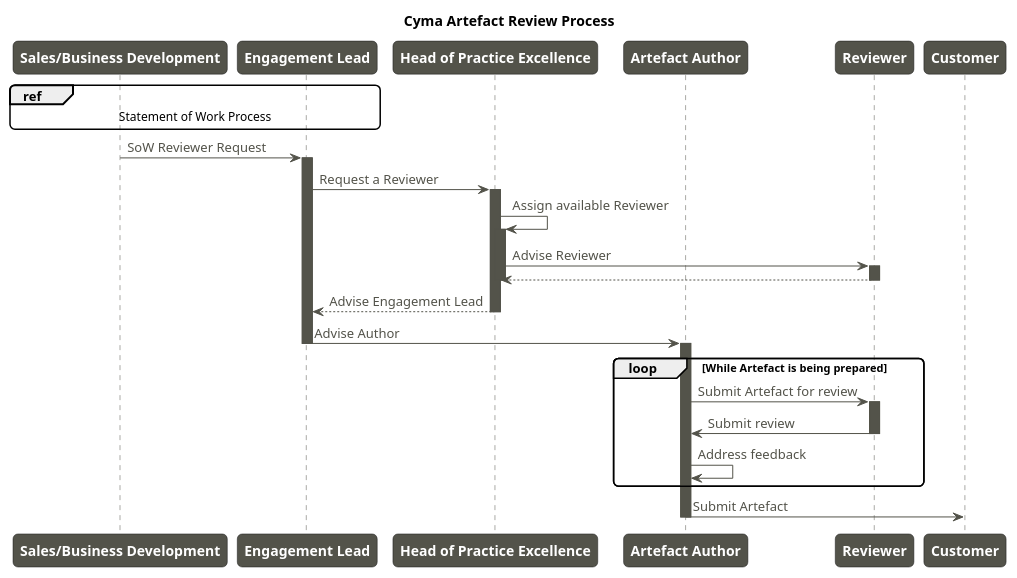
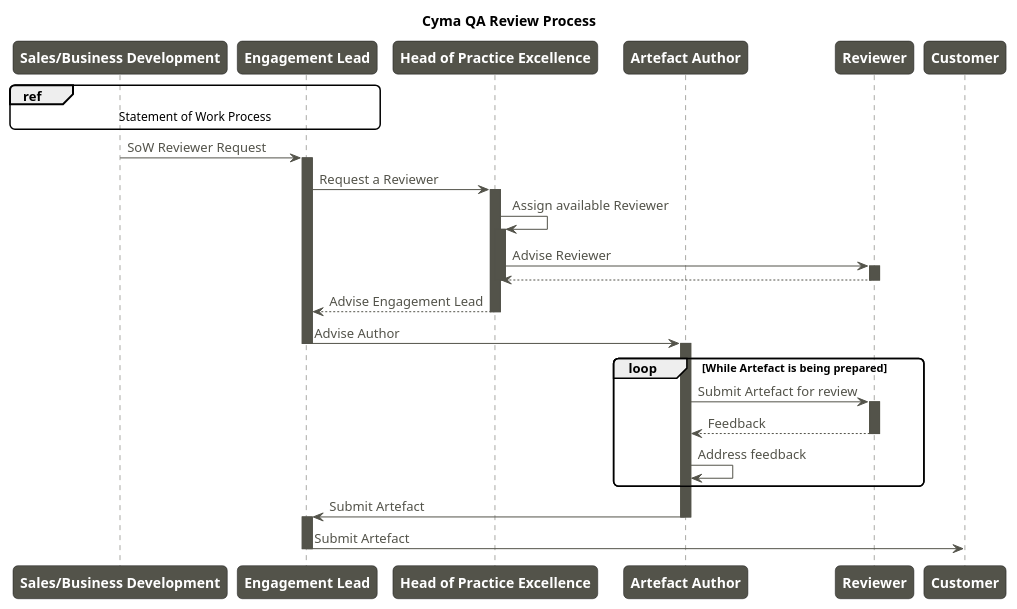
Before and after one commit to david-rawnsley/cyma: the first of 3 diagrams in examples/peer_review.puml, drawn with PlantUML. The commit also changed other lines of this file and 6 other files, not shown here.

```diff
--- a/examples/peer_review.puml
+++ b/examples/peer_review.puml
@@ -1,60 +1,64 @@
 @startuml
 
-Title Cyma Artefact Review Process
+Title Cyma QA Review Process
 skinparam defaultFontName Raleway
 skinparam roundcorner 10
 'skinparam shadowing true
 
 skinparam sequence {
     ArrowColor #53534A
     ArrowFontColor #53534A
     LifeLineBorderColor #53534A
     LifeLineBackgroundColor #53534A
 
     ParticipantBackgroundColor #53534A
     ParticipantFontSize 14
     ParticipantFontColor White
     ParticipantFontStyle bold
 }
 
 participant sbd as "Sales/Business Development"
 participant EL as "Engagement Lead"
 participant PE as "Head of Practice Excellence"
 participant A as "Artefact Author"
 participant R as "Reviewer"
 participant C as "Customer"
 
 ref over sbd, EL
 Statement of Work Process
 end ref
 
 sbd->EL: SoW Reviewer Request
 activate EL
 EL->PE: Request a Reviewer
 activate PE
 PE->PE: Assign available Reviewer
 activate PE
 PE->R: Advise Reviewer
 activate R
 R-->PE:
 deactivate R
 deactivate PE
 PE-->EL: Advise Engagement Lead
 deactivate PE
 
 EL->A: Advise Author
 deactivate EL
 activate A
 loop While Artefact is being prepared
 A->R: Submit Artefact for review
 activate R
-R->A: Submit review
+R-->A: Feedback
 deactivate R
 
 A->A: Address feedback
 end
 
-A->C: Submit Artefact
+A->EL: Submit Artefact
 deactivate A
+activate EL
+
+EL -> C: Submit Artefact
+deactivate EL
 
 @enduml
```
